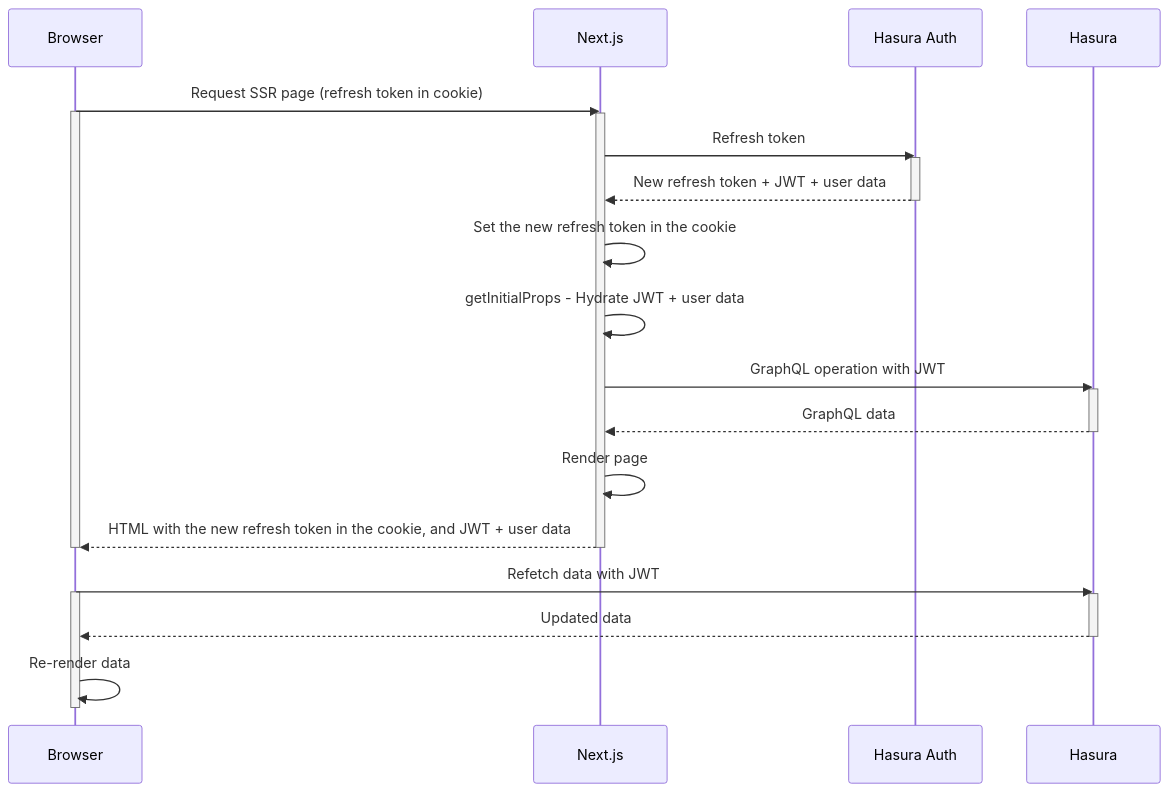
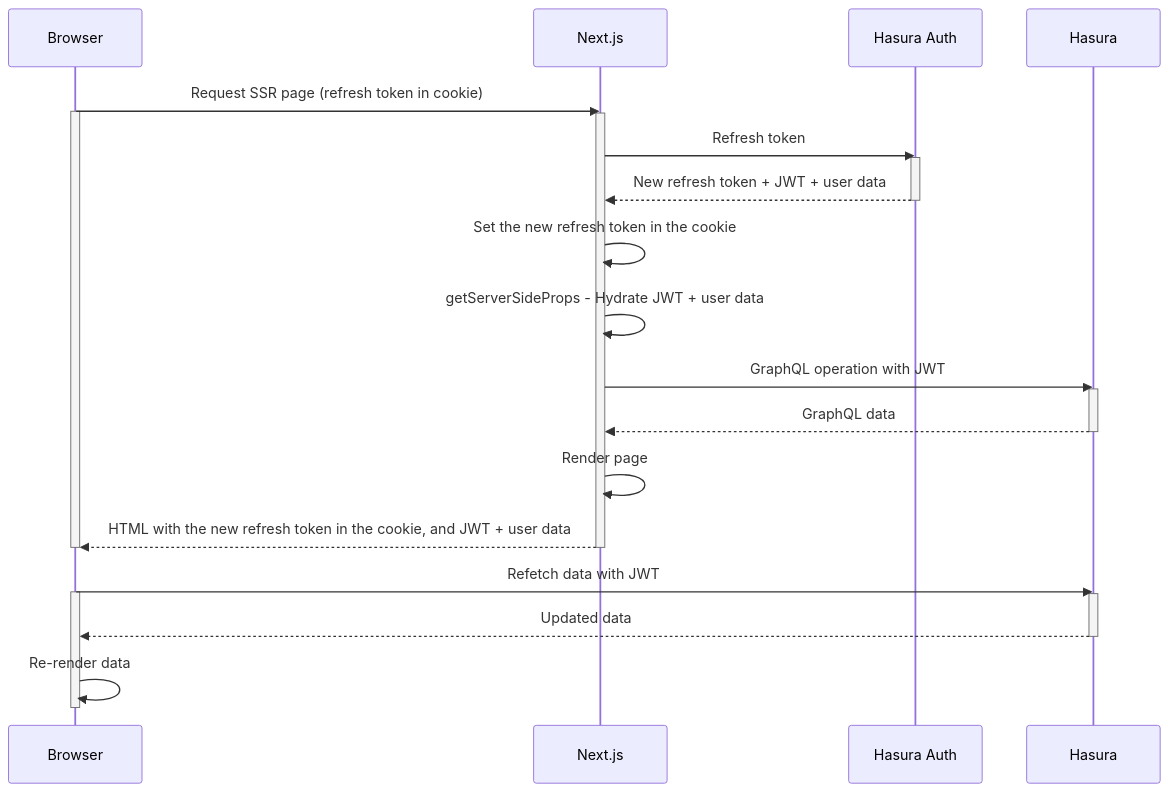
The third of 4 diagrams in docs/content/docs/reference/nextjs/index.mdx (nhost/nhost), drawn with Mermaid before and after one commit. The commit also changed 39 other files, not shown here.

Commit message:
refactor: make it work with nextjs and getInitialServerProps

````diff
--- a/docs/content/docs/reference/nextjs/index.mdx
+++ b/docs/content/docs/reference/nextjs/index.mdx
@@ -62,31 +62,31 @@
 ```mermaid
 sequenceDiagram
     participant browser as Browser
     participant next as Next.js
     participant auth as Hasura Auth
     participant hasura as Hasura
     browser->>next: Request SSR page (refresh token in cookie)
     activate browser
     activate next
     next->>auth: Refresh token
     activate auth
     auth-->>next: New refresh token + JWT + user data
     deactivate auth
     next->>next: Set the new refresh token in the cookie
-    next->>next: getInitialProps - Hydrate JWT + user data
+    next->>next: getServerSideProps - Hydrate JWT + user data
     next->>hasura: GraphQL operation with JWT
     activate hasura
     hasura-->>next: GraphQL data
     deactivate hasura
     next->>next: Render page
     next-->>browser: HTML with the new refresh token in the cookie, and JWT + user data
     deactivate next
     deactivate browser
     browser->>hasura: Refetch data with JWT
     activate browser
     activate hasura
     hasura-->>browser: Updated data
     deactivate hasura
     browser->>browser: Re-render data
     deactivate browser
 ```
````
